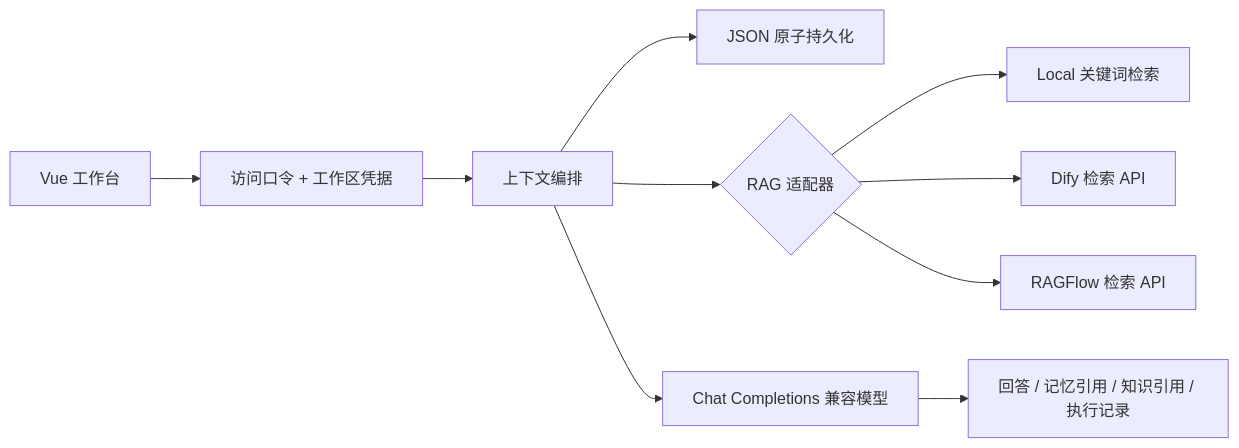
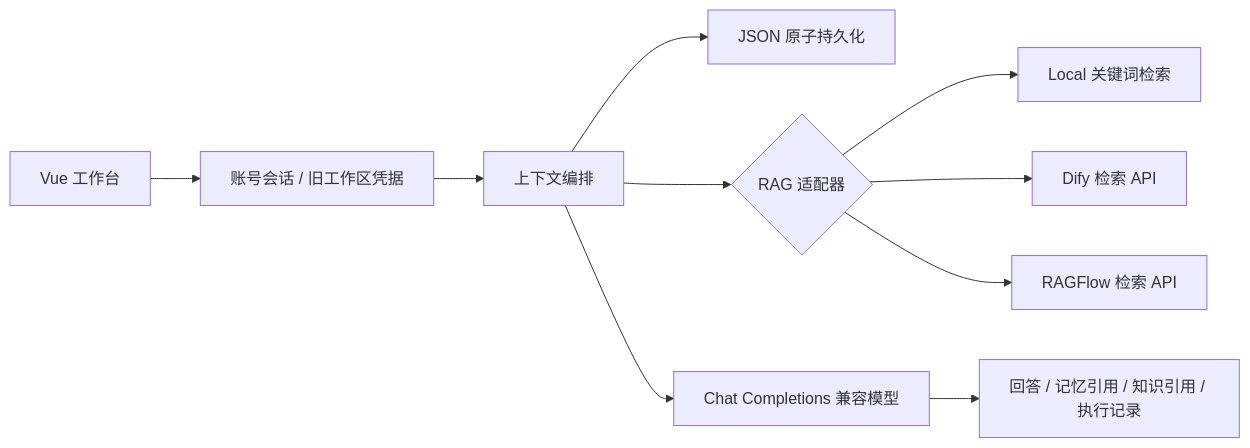
The diagram in README.md (BStronger1/recall-agent), drawn with Mermaid before and after one commit. The commit also changed other lines of this file and 15 other files, not shown here.

````diff
--- a/README.md
+++ b/README.md
@@ -78,12 +81,12 @@
 ```mermaid
 flowchart LR
-    UI[Vue 工作台] --> Gate[访问口令 + 工作区凭据]
+    UI[Vue 工作台] --> Gate[账号会话 / 旧工作区凭据]
     Gate --> Agent[上下文编排]
     Agent --> Memory[JSON 原子持久化]
     Agent --> RAG{RAG 适配器}
     RAG --> Local[Local 关键词检索]
     RAG --> Dify[Dify 检索 API]
     RAG --> Ragflow[RAGFlow 检索 API]
     Agent --> Model[Chat Completions 兼容模型]
     Model --> Result[回答 / 记忆引用 / 知识引用 / 执行记录]
 ```
````
